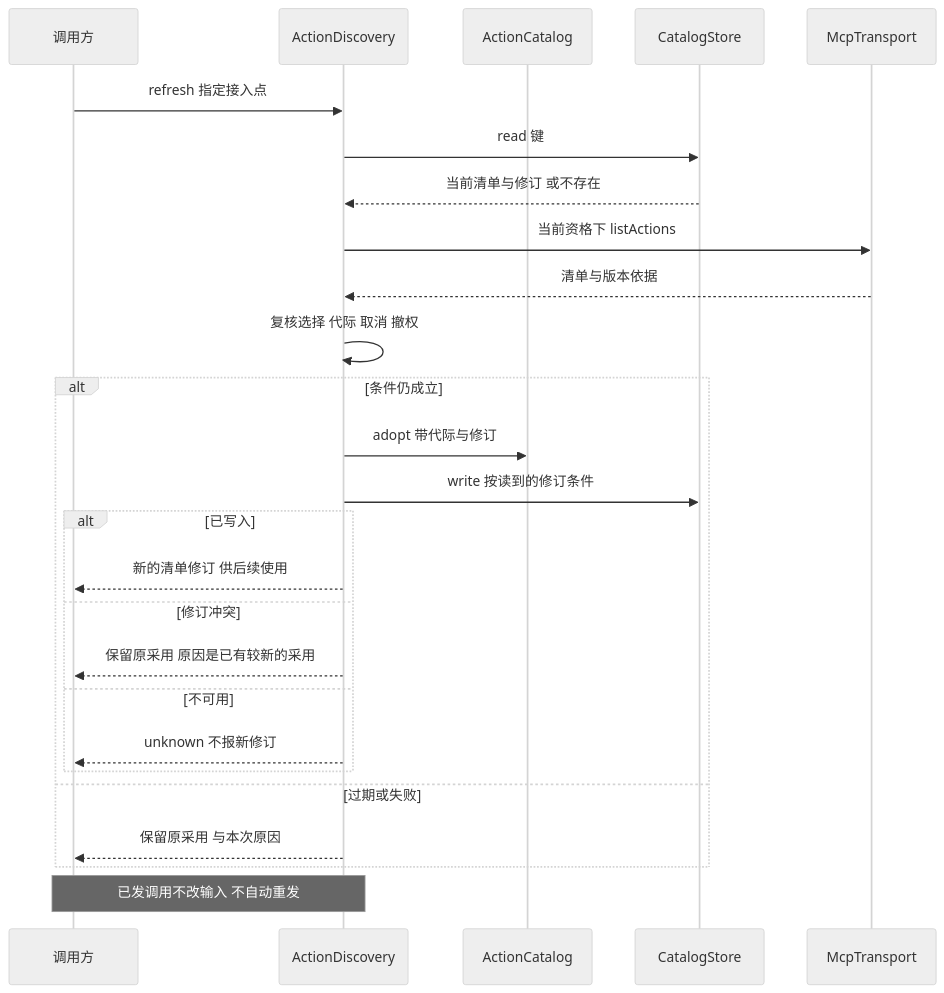
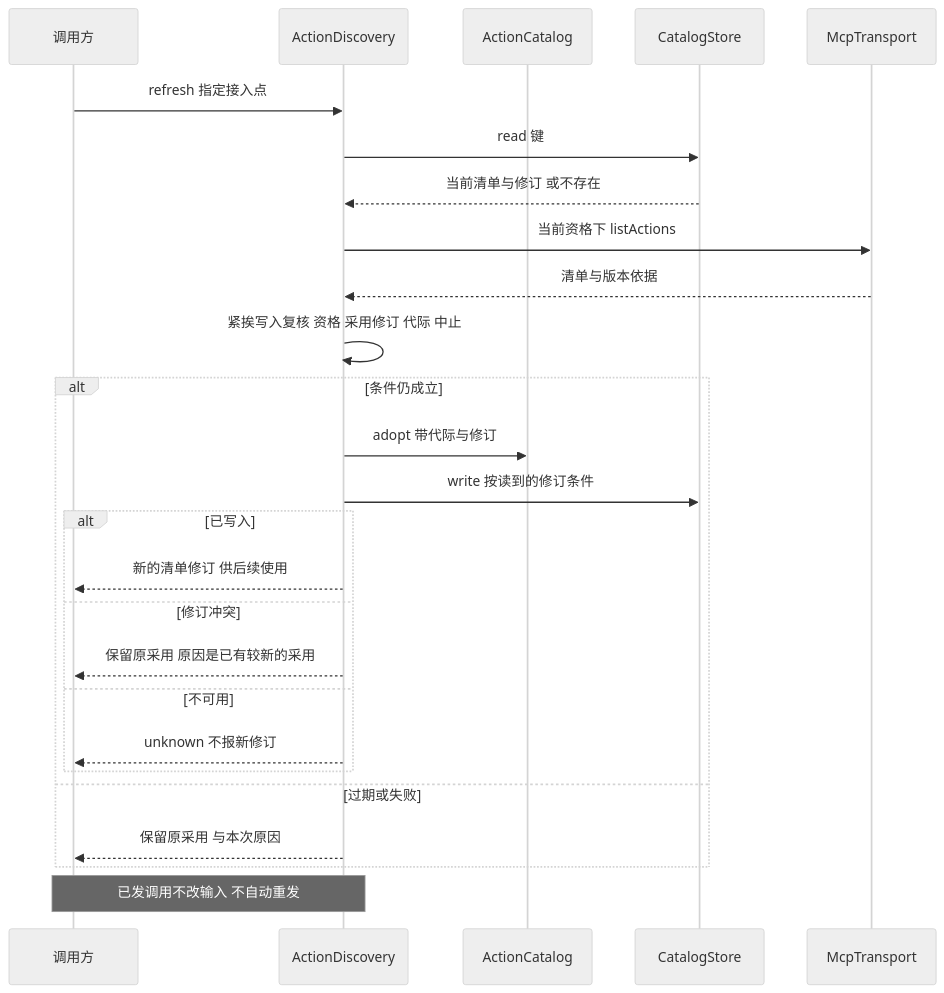
The second of 3 diagrams in packages/mcp/docs/key-flows.md (nemori-ai/omne-harness-lite), drawn with Mermaid (neutral theme) before and after one commit. The commit also changed other lines of this file and 4 other files, not shown here.

First line of the commit message:
docs(mcp): 把 W2 核心的裁定写回组页、领域页、key-flows 与 README（候选）

````diff
--- a/packages/mcp/docs/key-flows.md
+++ b/packages/mcp/docs/key-flows.md
@@ -69,28 +72,28 @@
 ```mermaid
 sequenceDiagram
     participant C as 调用方
     participant A as ActionDiscovery
     participant K as ActionCatalog
     participant S as CatalogStore
     participant P as McpTransport
     C->>A: refresh 指定接入点
     A->>S: read 键
     S-->>A: 当前清单与修订 或不存在
     A->>P: 当前资格下 listActions
     P-->>A: 清单与版本依据
-    A->>A: 复核选择 代际 取消 撤权
+    A->>A: 紧挨写入复核 资格 采用修订 代际 中止
     alt 条件仍成立
         A->>K: adopt 带代际与修订
         A->>S: write 按读到的修订条件
         alt 已写入
             A-->>C: 新的清单修订 供后续使用
         else 修订冲突
             A-->>C: 保留原采用 原因是已有较新的采用
         else 不可用
             A-->>C: unknown 不报新修订
         end
     else 过期或失败
         A-->>C: 保留原采用 与本次原因
     end
     Note over A,C: 已发调用不改输入 不自动重发
 ```
````
